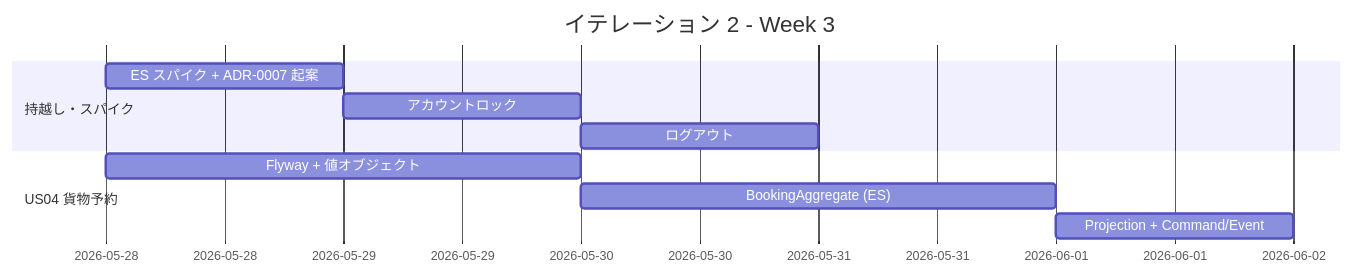
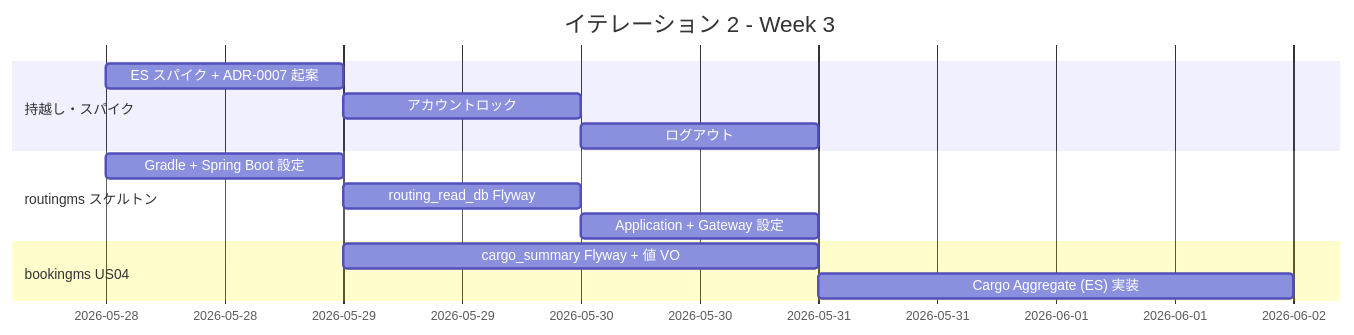
One commit to k2works/case-study-cargo-tracker changed the first of 7 diagrams in docs/development/iteration_plan-2.md. Above: the diagram before and after it, drawn with Mermaid. The commit also changed other lines of this file, not shown here.

````diff
--- a/docs/development/iteration_plan-2.md
+++ b/docs/development/iteration_plan-2.md
@@ -269,13 +295,16 @@
 ```mermaid
 gantt
     title イテレーション 2 - Week 3
     dateFormat  YYYY-MM-DD
     section 持越し・スパイク
-    ES スパイク + ADR-0007 起案   :d0, 2026-05-28, 1d
-    アカウントロック              :d1, after d0, 1d
-    ログアウト                    :d2, after d1, 1d
-    section US04 貨物予約
-    Flyway + 値オブジェクト        :d3, 2026-05-28, 2d
-    BookingAggregate (ES)         :d4, after d3, 2d
-    Projection + Command/Event    :d5, after d4, 1d
+    ES スパイク + ADR-0007 起案     :d0, 2026-05-28, 1d
+    アカウントロック                :d1, after d0, 1d
+    ログアウト                      :d2, after d1, 1d
+    section routingms スケルトン
+    Gradle + Spring Boot 設定       :d3, 2026-05-28, 1d
+    routing_read_db Flyway          :d4, after d3, 1d
+    Application + Gateway 設定       :d5, after d4, 1d
+    section bookingms US04
+    cargo_summary Flyway + 値 VO   :d6, 2026-05-29, 2d
+    Cargo Aggregate (ES) 実装       :d7, after d6, 2d
 ```
````
